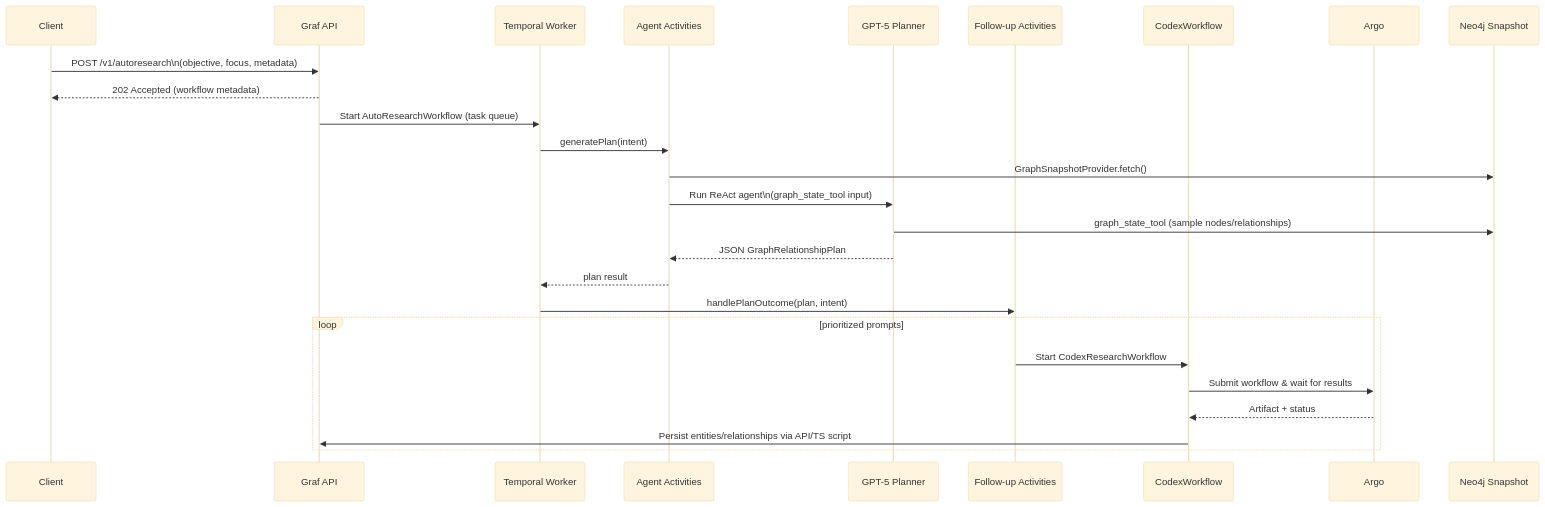
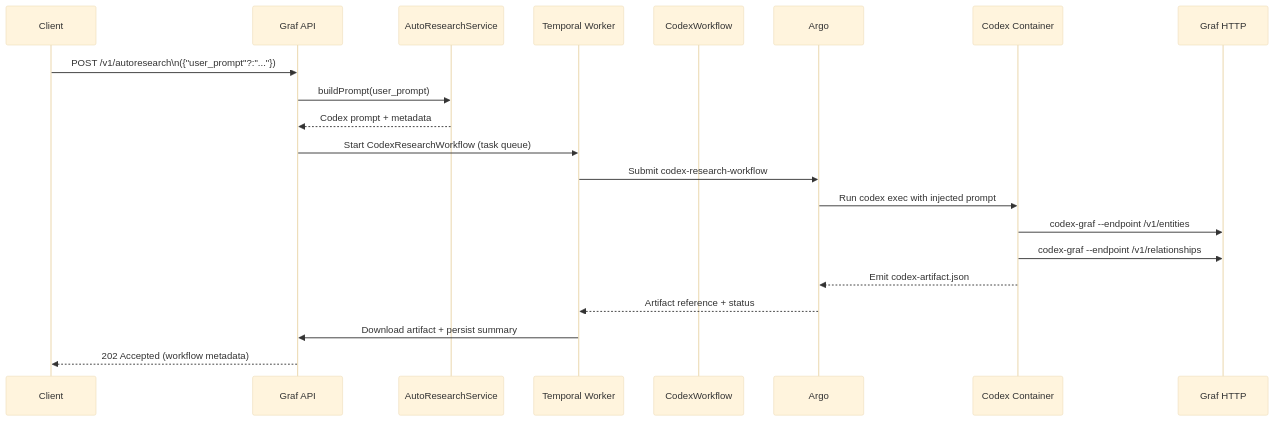
One commit to proompteng/lab changed the second of 2 diagrams in docs/graf-current-state.md. Above: the diagram before and after it, drawn with Mermaid (base theme). The commit also changed other lines of this file and 32 other files, not shown here.

Commit message:
feat: move autoresearch to codex prompt

````diff
--- a/docs/graf-current-state.md
+++ b/docs/graf-current-state.md
@@ -72,29 +67,24 @@
 ```mermaid
 sequenceDiagram
     participant Client
     participant Graf as Graf API
+    participant Prompt as AutoResearchService
     participant Temporal as Temporal Worker
-    participant AutoAct as Agent Activities
-    participant Agent as GPT-5 Planner
-    participant Followup as Follow-up Activities
     participant Codex as CodexWorkflow
     participant Argo
-    participant Neo4j as Neo4j Snapshot
+    participant Runner as Codex Container
+    participant GrafAPI as Graf HTTP
 
-    Client->>Graf: POST /v1/autoresearch\n(objective, focus, metadata)
+    Client->>Graf: POST /v1/autoresearch\n({"user_prompt"?:"..."})
+    Graf->>Prompt: buildPrompt(user_prompt)
+    Prompt-->>Graf: Codex prompt + metadata
+    Graf->>Temporal: Start CodexResearchWorkflow (task queue)
+    Temporal->>Argo: Submit codex-research-workflow
+    Argo->>Runner: Run codex exec with injected prompt
+    Runner->>GrafAPI: codex-graf --endpoint /v1/entities
+    Runner->>GrafAPI: codex-graf --endpoint /v1/relationships
+    Runner-->>Argo: Emit codex-artifact.json
+    Argo-->>Temporal: Artifact reference + status
+    Temporal->>Graf: Download artifact + persist summary
     Graf-->>Client: 202 Accepted (workflow metadata)
-    Graf->>Temporal: Start AutoResearchWorkflow (task queue)
-    Temporal->>AutoAct: generatePlan(intent)
-    AutoAct->>Neo4j: GraphSnapshotProvider.fetch()
-    AutoAct->>Agent: Run ReAct agent\n(graph_state_tool input)
-    Agent->>Neo4j: graph_state_tool (sample nodes/relationships)
-    Agent-->>AutoAct: JSON GraphRelationshipPlan
-    AutoAct-->>Temporal: plan result
-    Temporal->>Followup: handlePlanOutcome(plan, intent)
-    loop prioritized prompts
-        Followup->>Codex: Start CodexResearchWorkflow
-        Codex->>Argo: Submit workflow & wait for results
-        Argo-->>Codex: Artifact + status
-        Codex->>Graf: Persist entities/relationships via API/TS script
-    end
 ```
````
